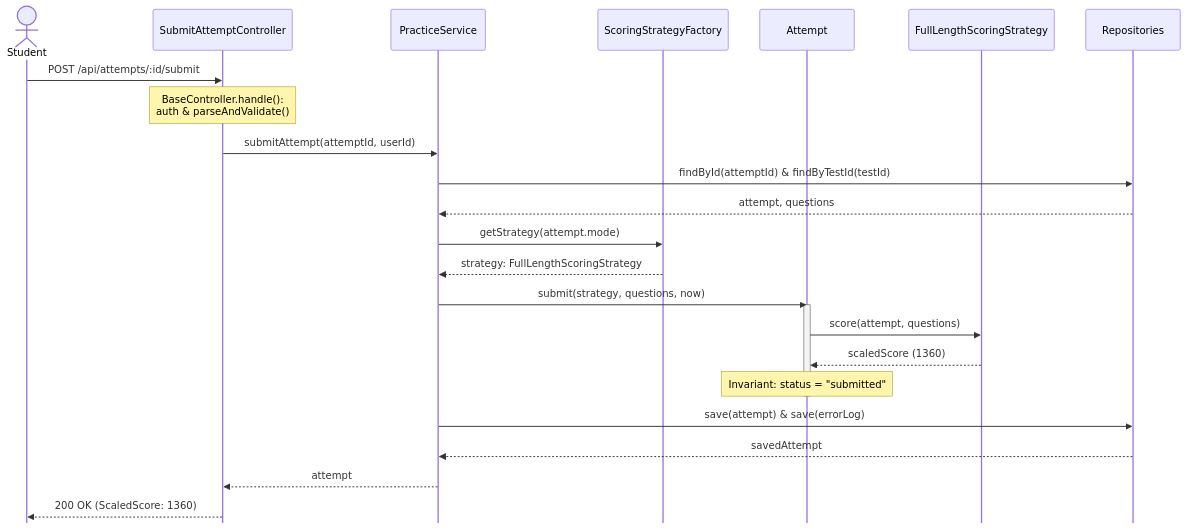
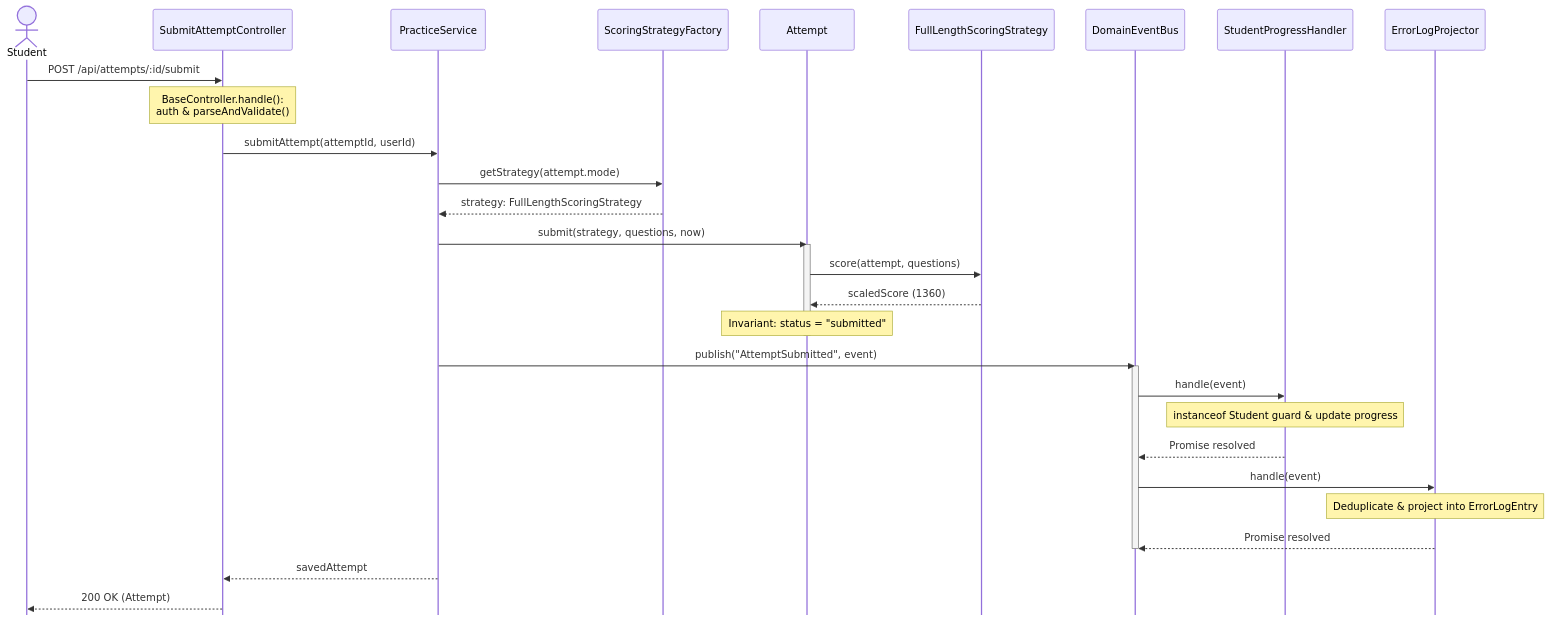
Before and after one commit to 202417221-LeDinhVinh/ronansat-oop-demo: the diagram in docs/uml/05-sequence-submit-attempt.mmd, drawn with Mermaid. The commit also changed 122 other files, not shown here.

Commit message:
feat(v3): UML and slides for observer/exceptions, mobile vocab fix, README v3, cleanup

```diff
--- a/docs/uml/05-sequence-submit-attempt.mmd
+++ b/docs/uml/05-sequence-submit-attempt.mmd
@@ -1,31 +1,38 @@
 %%{init: {
   "sequence": {
     "mirrorActors": false
   }
 }}%%
 sequenceDiagram
     actor Student
     participant C as SubmitAttemptController
     participant S as PracticeService
     participant F as ScoringStrategyFactory
     participant A as Attempt
     participant FS as FullLengthScoringStrategy
-    participant R as Repositories
+    participant B as DomainEventBus
+    participant PH as StudentProgressHandler
+    participant EP as ErrorLogProjector
 
     Student->>C: POST /api/attempts/:id/submit
     Note over C: BaseController.handle():<br/>auth & parseAndValidate()
     C->>S: submitAttempt(attemptId, userId)
-    S->>R: findById(attemptId) & findByTestId(testId)
-    R-->>S: attempt, questions
     S->>F: getStrategy(attempt.mode)
     F-->>S: strategy: FullLengthScoringStrategy
     S->>A: submit(strategy, questions, now)
     activate A
     A->>FS: score(attempt, questions)
     FS-->>A: scaledScore (1360)
     Note over A: Invariant: status = "submitted"
     deactivate A
-    S->>R: save(attempt) & save(errorLog)
-    R-->>S: savedAttempt
-    S-->>C: attempt
-    C-->>Student: 200 OK (ScaledScore: 1360)
+    S->>B: publish("AttemptSubmitted", event)
+    activate B
+    B->>PH: handle(event)
+    Note over PH: instanceof Student guard & update progress
+    PH-->>B: Promise resolved
+    B->>EP: handle(event)
+    Note over EP: Deduplicate & project into ErrorLogEntry
+    EP-->>B: Promise resolved
+    deactivate B
+    S-->>C: savedAttempt
+    C-->>Student: 200 OK (Attempt)
```
